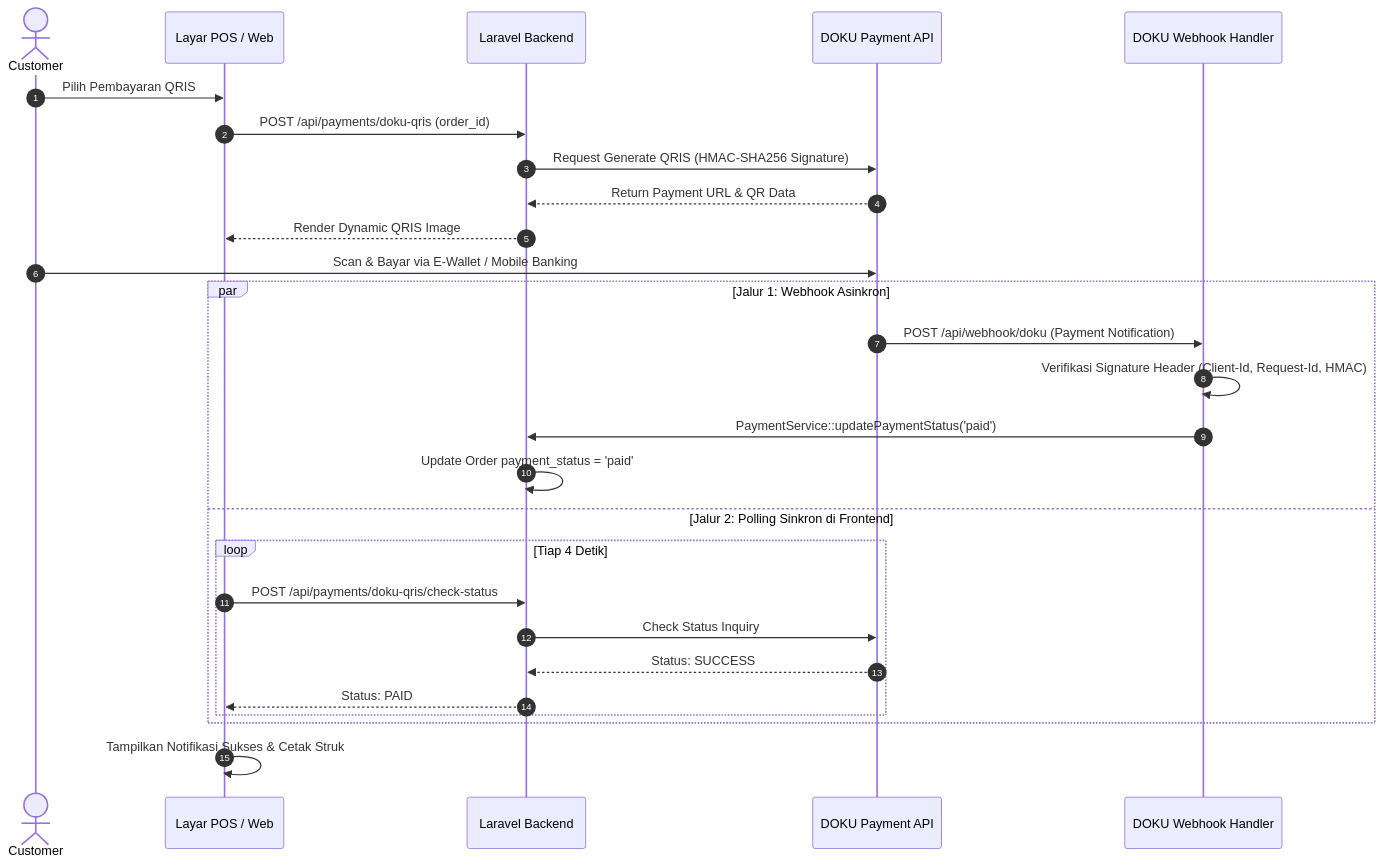
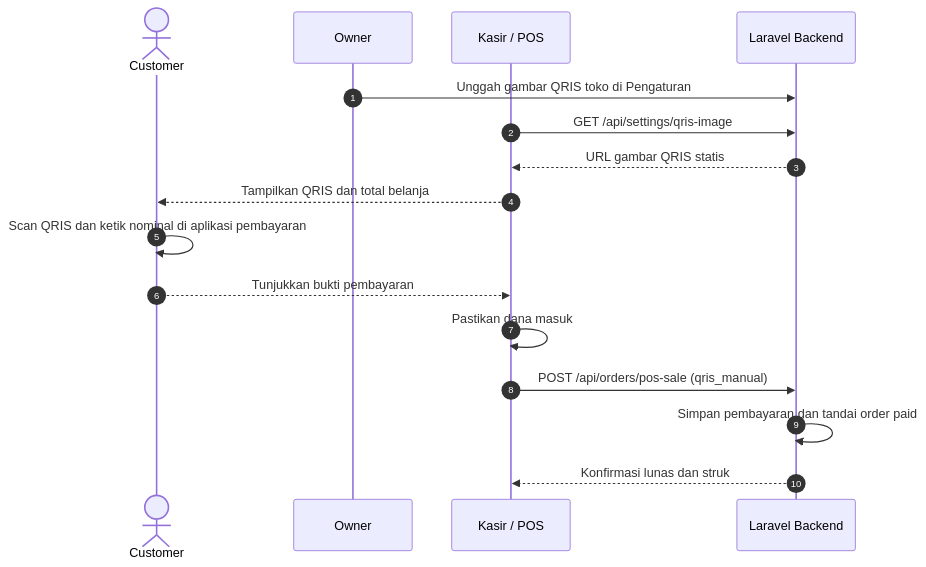
One commit to nabielnx/Motorku changed the fourth of 4 diagrams in SYSTEM_FLOW.md. Above: the diagram before and after it, drawn with Mermaid. The commit also changed other lines of this file and 4 other files, not shown here.

Commit message:
docs: describe manual QRIS flow and remove obsolete QR package

````diff
--- a/SYSTEM_FLOW.md
+++ b/SYSTEM_FLOW.md
@@ -409,33 +398,18 @@
 ```mermaid
 sequenceDiagram
     autonumber
     actor Customer
-    participant POS as Layar POS / Web
+    participant Owner as Owner
+    participant POS as Kasir / POS
     participant App as Laravel Backend
-    participant DOKU as DOKU Payment API
-    participant Webhook as DOKU Webhook Handler
-    
-    Customer->>POS: Pilih Pembayaran QRIS
-    POS->>App: POST /api/payments/doku-qris (order_id)
-    App->>DOKU: Request Generate QRIS (HMAC-SHA256 Signature)
-    DOKU-->>App: Return Payment URL & QR Data
-    App-->>POS: Render Dynamic QRIS Image
-    
-    Customer->>DOKU: Scan & Bayar via E-Wallet / Mobile Banking
-    
-    par Jalur 1: Webhook Asinkron
-        DOKU->>Webhook: POST /api/webhook/doku (Payment Notification)
-        Webhook->>Webhook: Verifikasi Signature Header (Client-Id, Request-Id, HMAC)
-        Webhook->>App: PaymentService::updatePaymentStatus('paid')
-        App->>App: Update Order payment_status = 'paid'
-    and Jalur 2: Polling Sinkron di Frontend
-        loop Tiap 4 Detik
-            POS->>App: POST /api/payments/doku-qris/check-status
-            App->>DOKU: Check Status Inquiry
-            DOKU-->>App: Status: SUCCESS
-            App-->>POS: Status: PAID
-        end
-    end
-    
-    POS->>POS: Tampilkan Notifikasi Sukses & Cetak Struk
+    Owner->>App: Unggah gambar QRIS toko di Pengaturan
+    POS->>App: GET /api/settings/qris-image
+    App-->>POS: URL gambar QRIS statis
+    POS-->>Customer: Tampilkan QRIS dan total belanja
+    Customer->>Customer: Scan QRIS dan ketik nominal di aplikasi pembayaran
+    Customer-->>POS: Tunjukkan bukti pembayaran
+    POS->>POS: Pastikan dana masuk
+    POS->>App: POST /api/orders/pos-sale (qris_manual)
+    App->>App: Simpan pembayaran dan tandai order paid
+    App-->>POS: Konfirmasi lunas dan struk
 ```
````
